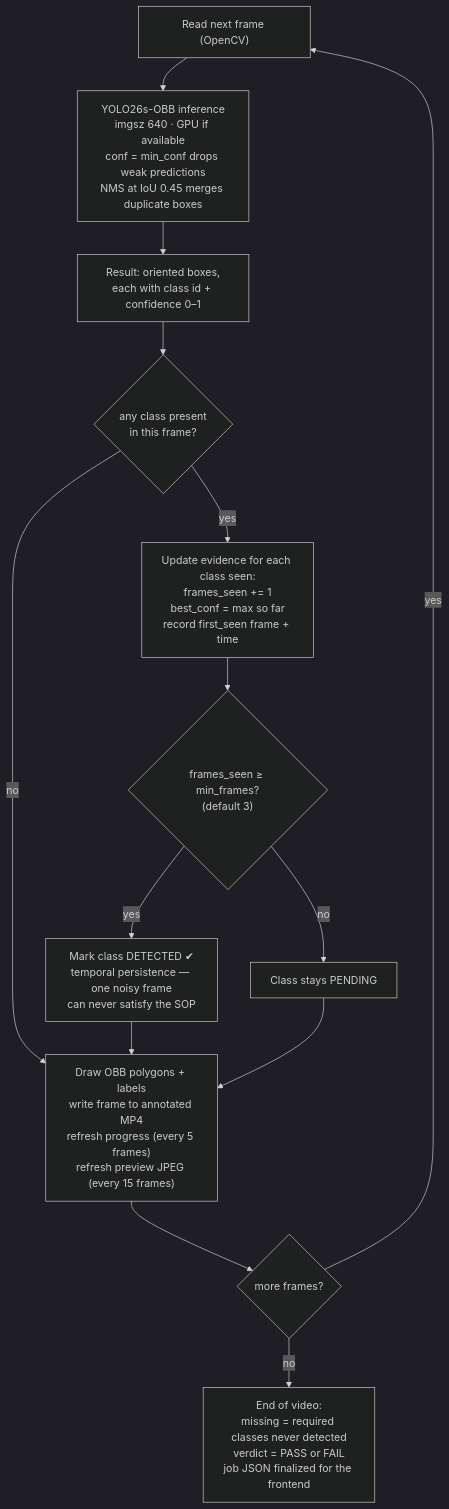
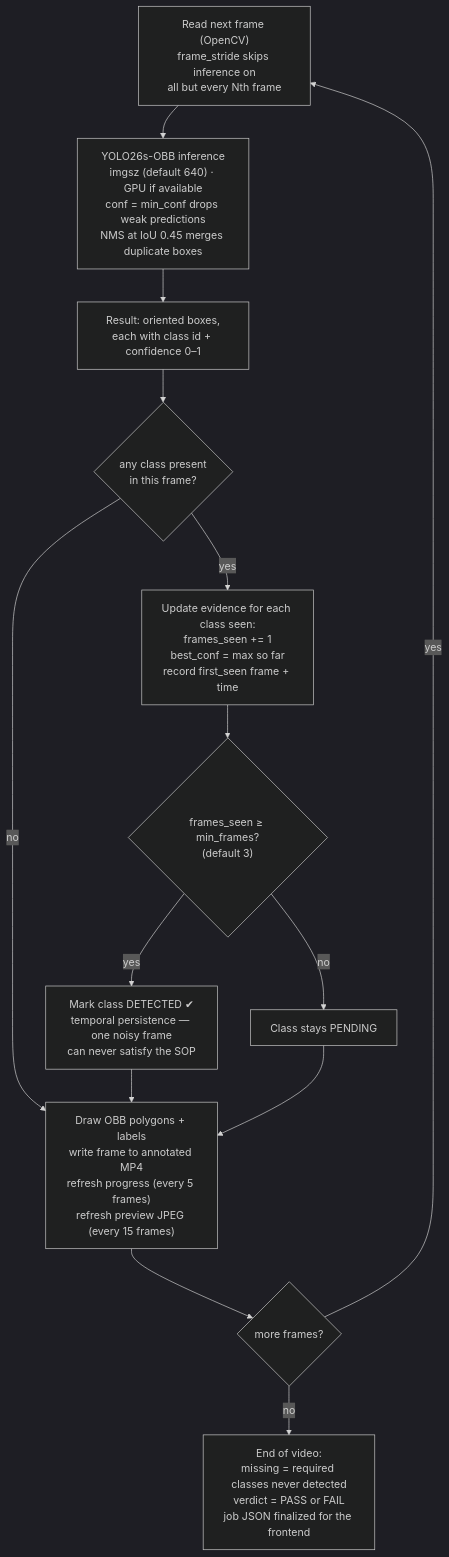
The second of 2 diagrams in README.md (hibikiyoyo/poc_sop), drawn with Mermaid (dark theme) before and after one commit. The commit also changed other lines of this file and 7 other files, not shown here.

Commit message:
update the frame stride and imgsz also

````diff
--- a/README.md
+++ b/README.md
@@ -77,16 +77,16 @@
 ```mermaid
 flowchart TD
-    READ["Read next frame (OpenCV)"] --> INFER["YOLO26s-OBB inference<br/>imgsz 640 · GPU if available<br/>conf = min_conf drops weak predictions<br/>NMS at IoU 0.45 merges duplicate boxes"]
+    READ["Read next frame (OpenCV)<br/>frame_stride skips inference on<br/>all but every Nth frame"] --> INFER["YOLO26s-OBB inference<br/>imgsz (default 640) · GPU if available<br/>conf = min_conf drops weak predictions<br/>NMS at IoU 0.45 merges duplicate boxes"]
     INFER --> BOXES["Result: oriented boxes,<br/>each with class id + confidence 0–1"]
     BOXES --> ANY{"any class present<br/>in this frame?"}
     ANY -->|yes| STATS["Update evidence for each class seen:<br/>frames_seen += 1<br/>best_conf = max so far<br/>record first_seen frame + time"]
     ANY -->|no| DRAW
     STATS --> PERSIST{"frames_seen ≥ min_frames?<br/>(default 3)"}
     PERSIST -->|yes| DET["Mark class DETECTED ✔<br/>temporal persistence — one noisy frame<br/>can never satisfy the SOP"]
     PERSIST -->|no| PEND["Class stays PENDING"]
     DET --> DRAW["Draw OBB polygons + labels<br/>write frame to annotated MP4<br/>refresh progress (every 5 frames)<br/>refresh preview JPEG (every 15 frames)"]
     PEND --> DRAW
     DRAW --> MORE{"more frames?"}
     MORE -->|yes| READ
     MORE -->|no| WRAP["End of video:<br/>missing = required classes never detected<br/>verdict = PASS or FAIL<br/>job JSON finalized for the frontend"]
 ```
````
